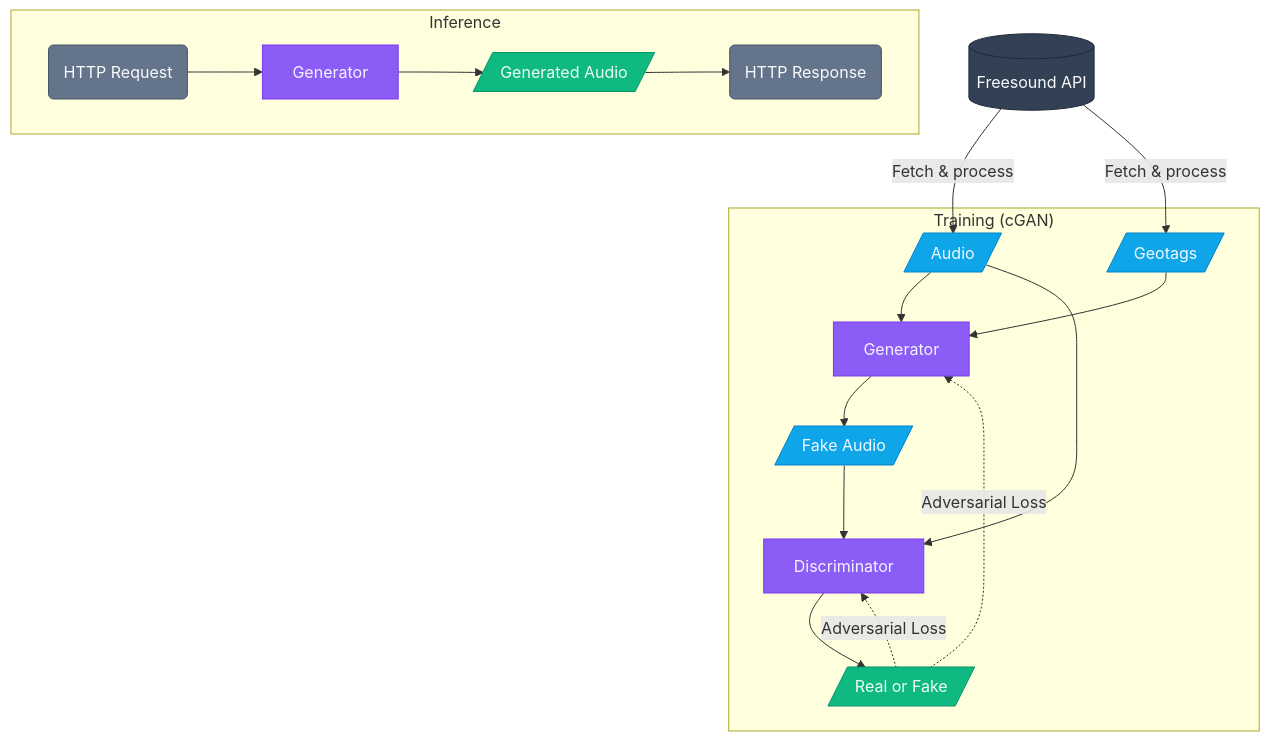
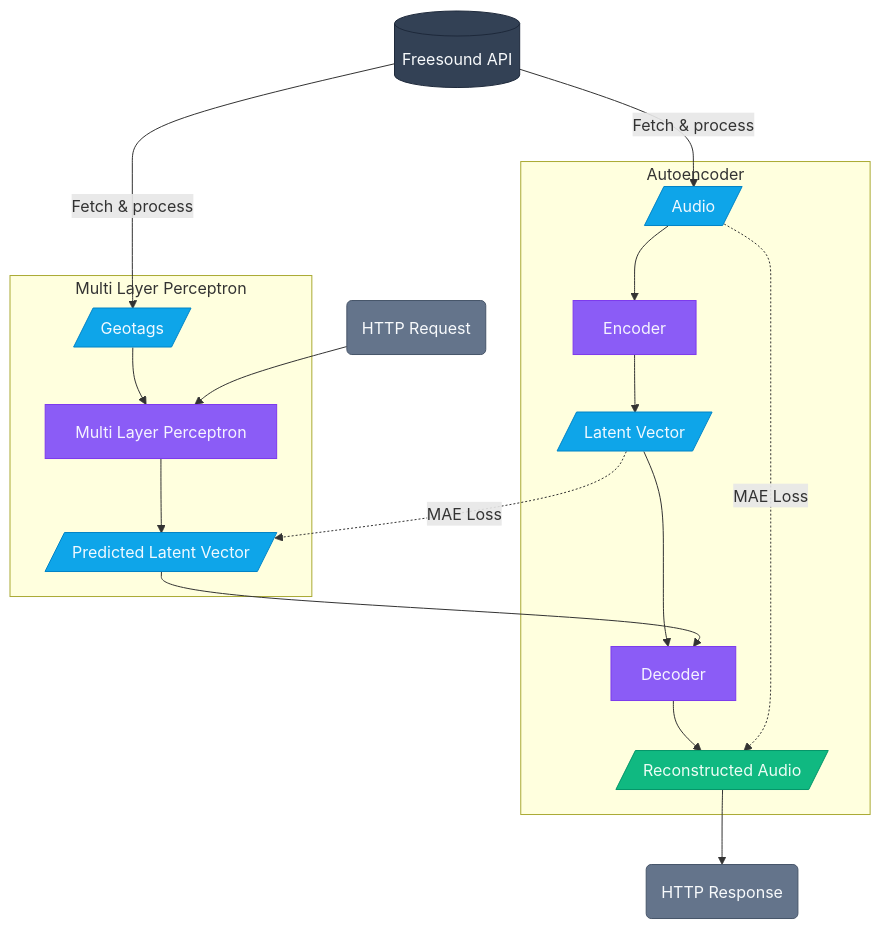
Before and after one commit to vivekvjyn/GeoSynth: the first of 3 diagrams in notebooks/diagrams.md, drawn with Mermaid. The commit also changed other lines of this file and 14 other files, not shown here.

````diff
--- a/notebooks/diagrams.md
+++ b/notebooks/diagrams.md
@@ -10,34 +10,35 @@
 ```mermaid
 flowchart TD
     DB[(Freesound API)] -->|Fetch & process| A[/Audio/]
     DB -->|Fetch & process| G[/Geotags/]
 
-    subgraph "Training (cGAN)"
-      A --> GEN[Generator]
-      G --> GEN
-      GEN --> FA[/Fake Audio/]
-      FA --> DIS[Discriminator]
-      A --> DIS
-      DIS --> RF[/Real or Fake/]
-      RF -.->|Adversarial Loss| GEN
-      RF -.->|Adversarial Loss| DIS
+    subgraph "Autoencoder"
+      A --> EN[Encoder]
+      EN --> LV[/Latent Vector/]
+      LV --> DE[Decoder]
+      DE --> RA[/Reconstructed Audio/]
+      A -.->|MAE Loss| RA
     end
 
-    subgraph "Inference"
-      HRQ(HTTP Request) --> GEN2[Generator]
-      GEN2 --> GA[/Generated Audio/]
-      GA --> HRS(HTTP Response)
+    subgraph "Multi Layer Perceptron"
+      G --> MLP[Multi Layer Perceptron]
+      MLP --> PLV[/Predicted Latent Vector/]
+      PLV --> DE
+      LV -.->|MAE Loss| PLV
     end
+
+    HRQ(HTTP Request) --> MLP
+    RA --> HRS(HTTP Response)
 
     style DB fill:#334155,stroke:#1e293b,color:#f8fafc
     style A fill:#0ea5e9,stroke:#0284c7,color:#f0f9ff
     style G fill:#0ea5e9,stroke:#0284c7,color:#f0f9ff
-    style GEN fill:#8b5cf6,stroke:#7c3aed,color:#f5f3ff
-    style FA fill:#0ea5e9,stroke:#0284c7,color:#f0f9ff
-    style DIS fill:#8b5cf6,stroke:#7c3aed,color:#f5f3ff
-    style RF fill:#10b981,stroke:#059669,color:#ecfdf5
+    style EN fill:#8b5cf6,stroke:#7c3aed,color:#f5f3ff
+    style LV fill:#0ea5e9,stroke:#0284c7,color:#f0f9ff
+    style DE fill:#8b5cf6,stroke:#7c3aed,color:#f5f3ff
+    style RA fill:#10b981,stroke:#059669,color:#ecfdf5
+    style MLP fill:#8b5cf6,stroke:#7c3aed,color:#f5f3ff
+    style PLV fill:#0ea5e9,stroke:#0284c7,color:#f0f9ff
     style HRQ fill:#64748b,stroke:#475569,color:#f8fafc
-    style GEN2 fill:#8b5cf6,stroke:#7c3aed,color:#f5f3ff
-    style GA fill:#10b981,stroke:#059669,color:#ecfdf5
     style HRS fill:#64748b,stroke:#475569,color:#f8fafc
 ```
````
